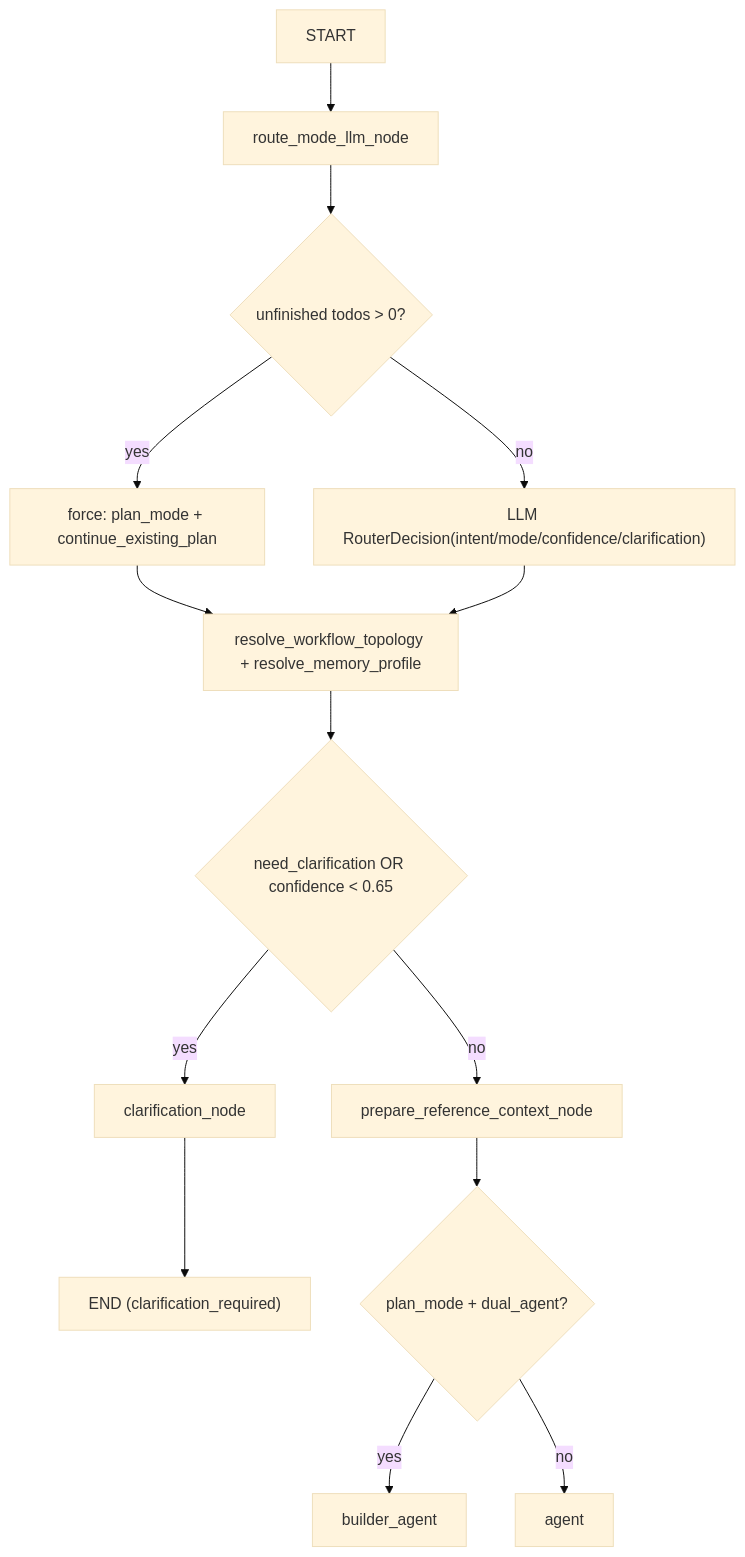
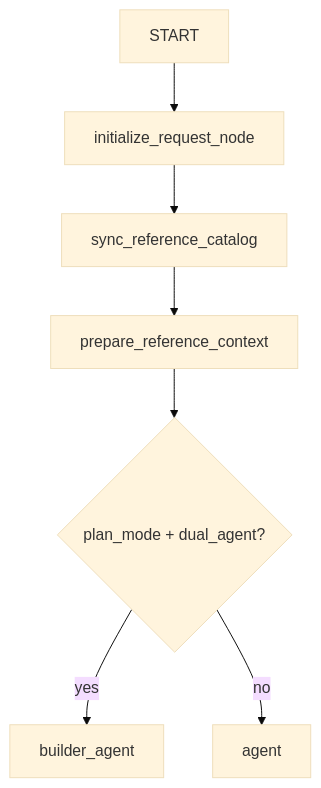
One commit to 3DSceneAgent/Vibe3DScene changed the second of 5 diagrams in docs/architecture/current-agent-workflow.md. Above: the diagram before and after it, drawn with Mermaid (base theme). The commit also changed other lines of this file and 33 other files, not shown here.

````diff
--- a/docs/architecture/current-agent-workflow.md
+++ b/docs/architecture/current-agent-workflow.md
@@ -63,19 +65,9 @@
 ```mermaid
 flowchart TD
-    A["START"] --> B["route_mode_llm_node"]
-    B --> C{"unfinished todos > 0?"}
-    C -->|yes| D["force: plan_mode + continue_existing_plan"]
-    C -->|no| E["LLM RouterDecision(intent/mode/confidence/clarification)"]
-
-    D --> F["resolve_workflow_topology + resolve_memory_profile"]
-    E --> F
-
-    F --> G{"need_clarification OR confidence < 0.65"}
-    G -->|yes| H["clarification_node"]
-    H --> I["END (clarification_required)"]
-
-    G -->|no| J["prepare_reference_context_node"]
-    J --> K{"plan_mode + dual_agent?"}
-    K -->|yes| L["builder_agent"]
-    K -->|no| M["agent"]
+    A["START"] --> B["initialize_request_node"]
+    B --> C["sync_reference_catalog"]
+    C --> D["prepare_reference_context"]
+    D --> E{"plan_mode + dual_agent?"}
+    E -->|yes| F["builder_agent"]
+    E -->|no| G["agent"]
 ```
````
